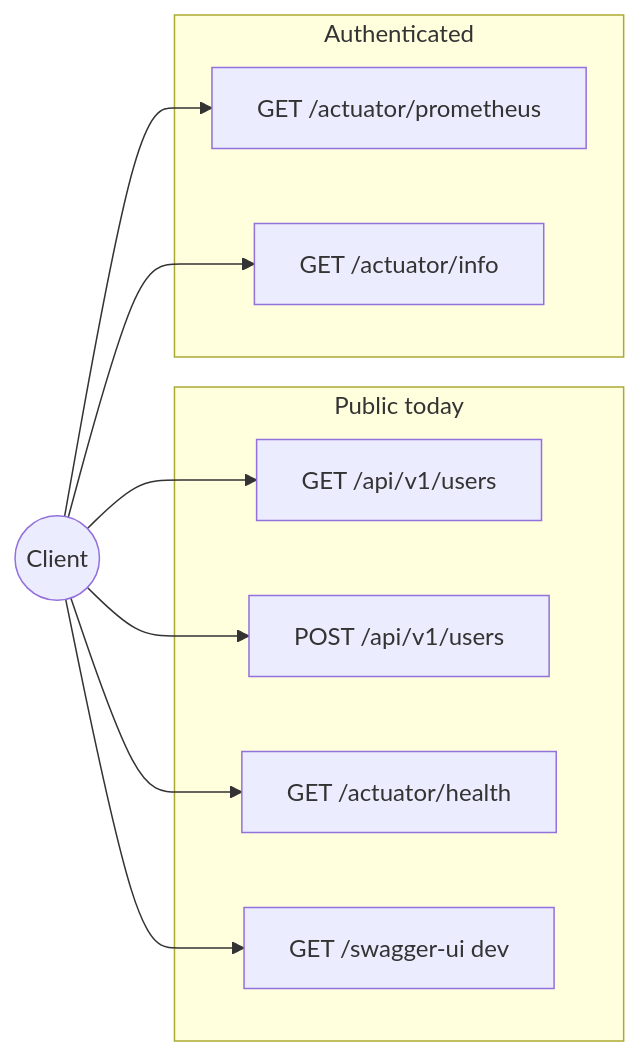
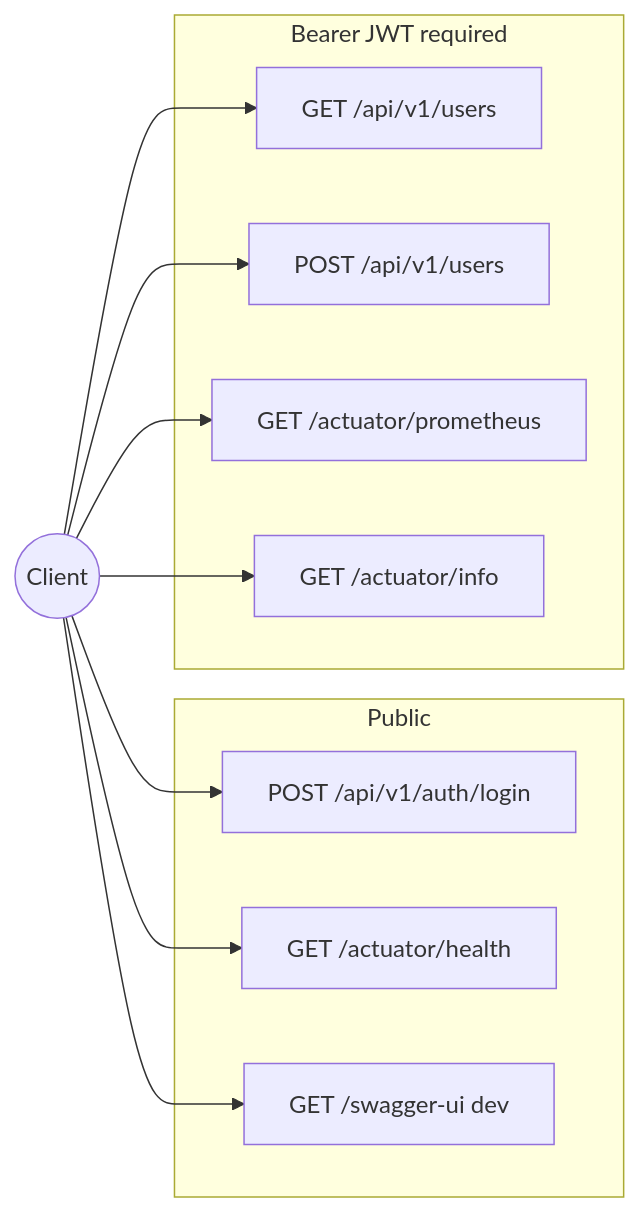
The first of 2 diagrams in docs/api.md (KleilsonSantos/VaultSpring), drawn with Mermaid before and after one commit. The commit also changed other lines of this file and 79 other files, not shown here.

First line of the commit message:
feat(security): JWT login, Vault dev scripts, sandbox flow, and API test suite (#6)

````diff
--- a/docs/api.md
+++ b/docs/api.md
@@ -7,19 +7,21 @@
 ```mermaid
 flowchart LR
-  subgraph public [Public today]
-    GET["GET /api/v1/users"]
-    POST["POST /api/v1/users"]
+  subgraph public [Public]
+    LOGIN["POST /api/v1/auth/login"]
     HEALTH["GET /actuator/health"]
     SWAG["GET /swagger-ui dev"]
   end
-  subgraph auth [Authenticated]
+  subgraph auth [Bearer JWT required]
+    GET["GET /api/v1/users"]
+    POST["POST /api/v1/users"]
     PROM["GET /actuator/prometheus"]
     INFO["GET /actuator/info"]
   end
-  CLIENT((Client)) --> GET
+  CLIENT((Client)) --> LOGIN
+  CLIENT --> GET
   CLIENT --> POST
   CLIENT --> HEALTH
   CLIENT --> SWAG
   CLIENT --> PROM
   CLIENT --> INFO
 ```
````
